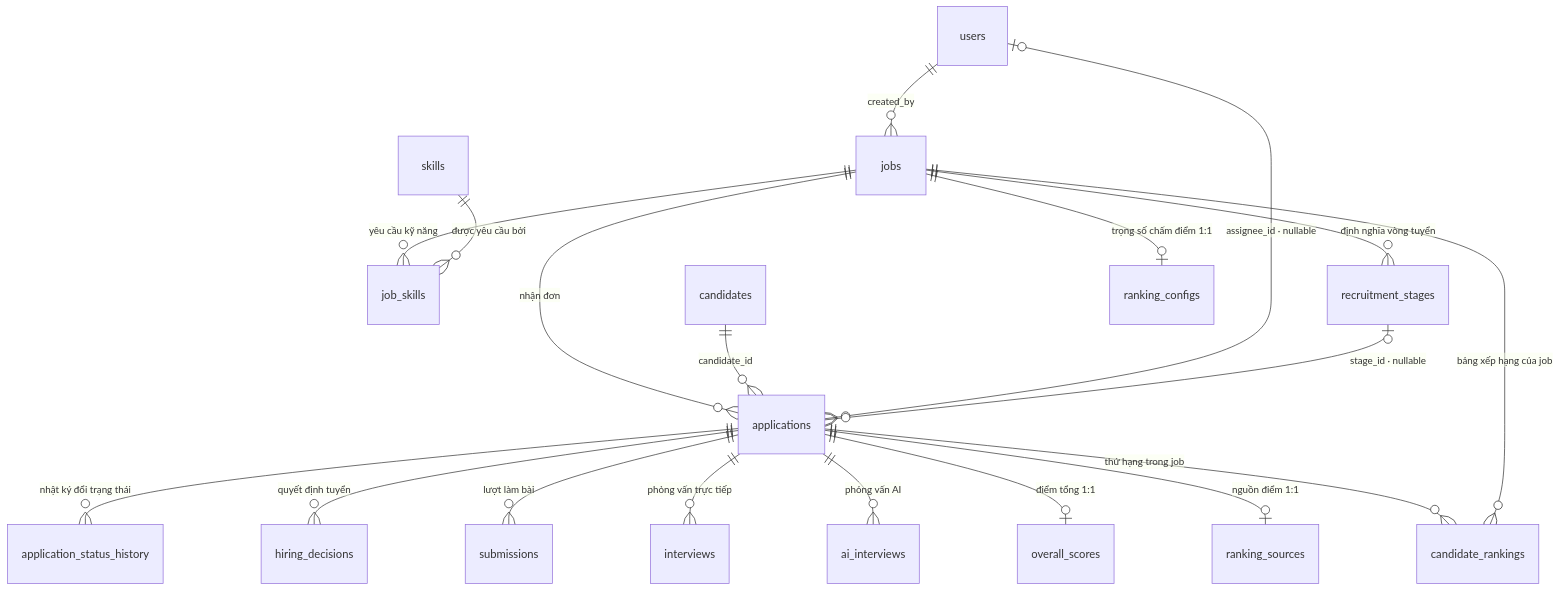
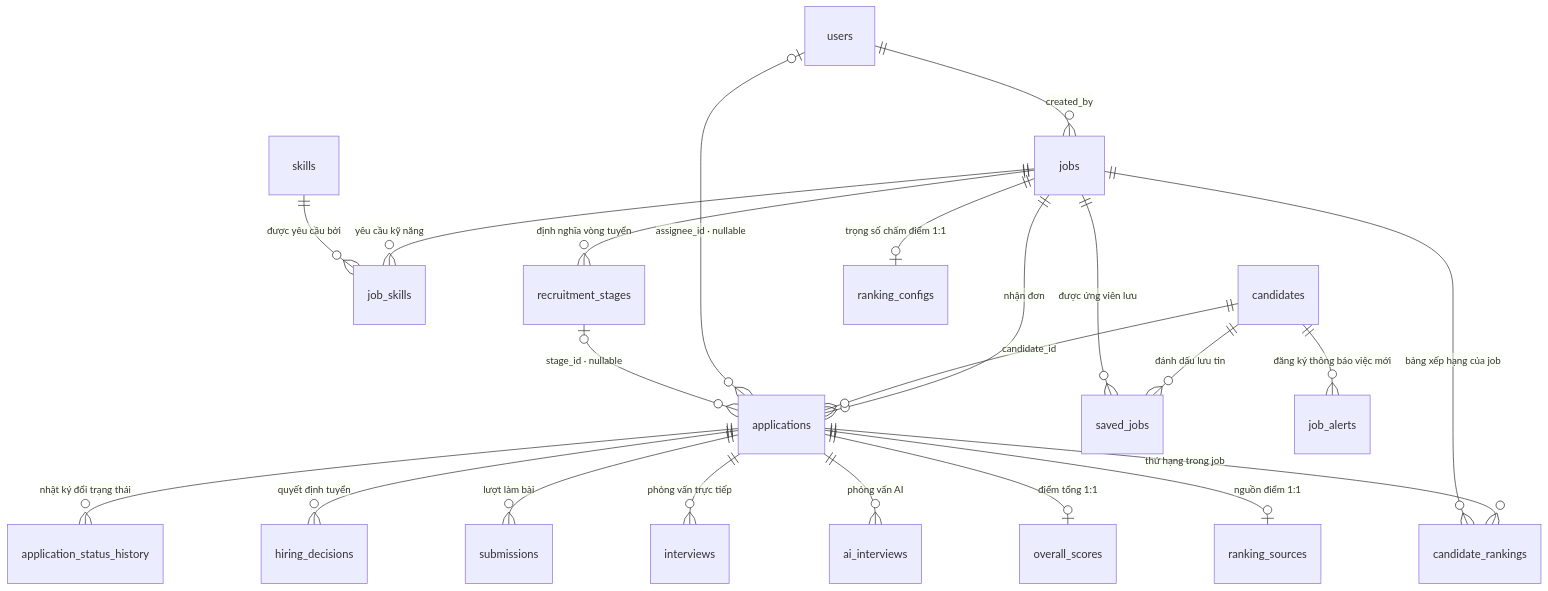
Before and after one commit to hieupnh12/SmartHire-AI: the fifth of 11 diagrams in docs/database/README.md, drawn with Mermaid. The commit also changed other lines of this file and 45 other files, not shown here.

````diff
--- a/docs/database/README.md
+++ b/docs/database/README.md
@@ -589,23 +594,26 @@
 ```mermaid
 erDiagram
     users ||--o{ jobs : "created_by"
     jobs ||--o{ job_skills : "yêu cầu kỹ năng"
     skills ||--o{ job_skills : "được yêu cầu bởi"
     jobs ||--o{ recruitment_stages : "định nghĩa vòng tuyển"
 
     jobs ||--o{ applications : "nhận đơn"
     candidates ||--o{ applications : "candidate_id"
     users |o--o{ applications : "assignee_id · nullable"
     recruitment_stages |o--o{ applications : "stage_id · nullable"
 
     applications ||--o{ application_status_history : "nhật ký đổi trạng thái"
     applications ||--o{ hiring_decisions : "quyết định tuyển"
     applications ||--o{ submissions : "lượt làm bài"
     applications ||--o{ interviews : "phỏng vấn trực tiếp"
     applications ||--o{ ai_interviews : "phỏng vấn AI"
     applications ||--o| overall_scores : "điểm tổng 1:1"
     applications ||--o| ranking_sources : "nguồn điểm 1:1"
     applications ||--o{ candidate_rankings : "thứ hạng trong job"
     jobs ||--o{ candidate_rankings : "bảng xếp hạng của job"
     jobs ||--o| ranking_configs : "trọng số chấm điểm 1:1"
+    candidates ||--o{ saved_jobs : "đánh dấu lưu tin"
+    jobs ||--o{ saved_jobs : "được ứng viên lưu"
+    candidates ||--o{ job_alerts : "đăng ký thông báo việc mới"
 ```
````
